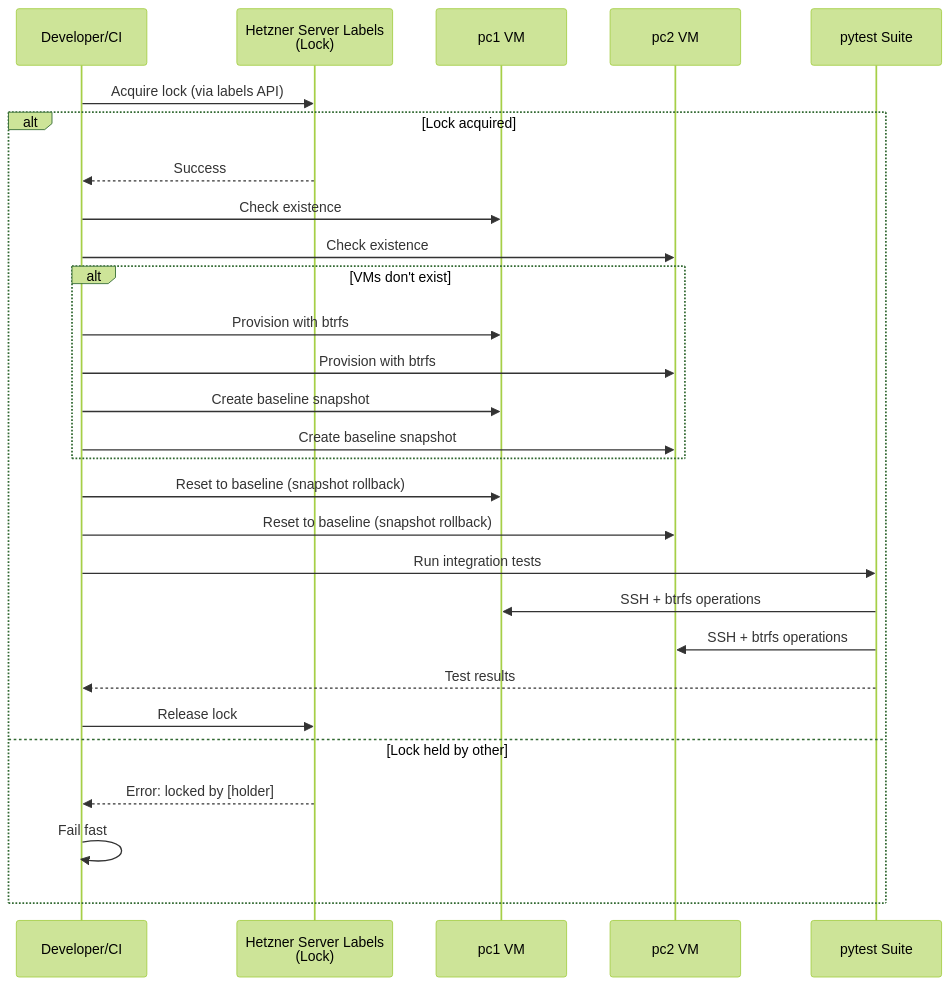
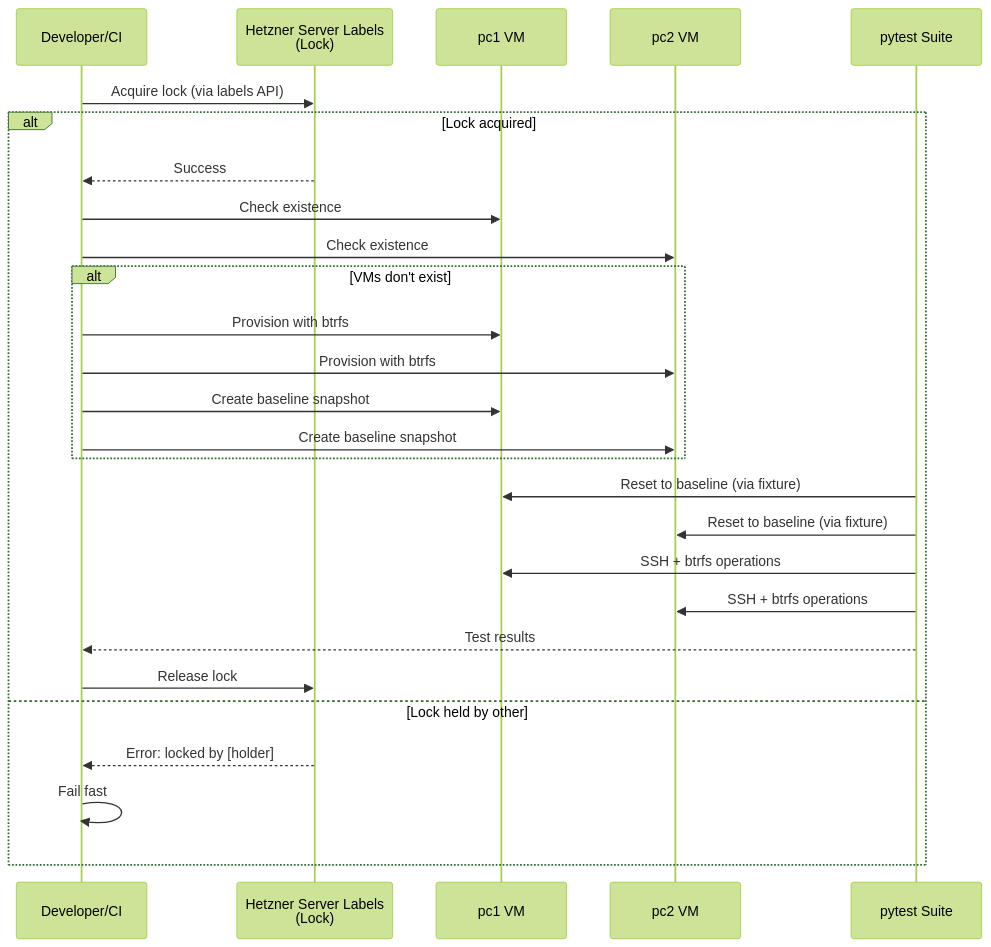
One commit to flaksit/pc-switcher changed the third of 3 diagrams in docs/testing-framework.md. Above: the diagram before and after it, drawn with Mermaid (forest theme). The commit also changed other lines of this file and 5 other files, not shown here.

````diff
--- a/docs/testing-framework.md
+++ b/docs/testing-framework.md
@@ -90,31 +90,30 @@
 ```mermaid
 sequenceDiagram
     participant Dev as Developer/CI
     participant Lock as Hetzner Server Labels<br/>(Lock)
     participant VM1 as pc1 VM
     participant VM2 as pc2 VM
     participant Pytest as pytest Suite
 
     Dev->>Lock: Acquire lock (via labels API)
     alt Lock acquired
         Lock-->>Dev: Success
         Dev->>VM1: Check existence
         Dev->>VM2: Check existence
         alt VMs don't exist
             Dev->>VM1: Provision with btrfs
             Dev->>VM2: Provision with btrfs
             Dev->>VM1: Create baseline snapshot
             Dev->>VM2: Create baseline snapshot
         end
-        Dev->>VM1: Reset to baseline (snapshot rollback)
-        Dev->>VM2: Reset to baseline (snapshot rollback)
-        Dev->>Pytest: Run integration tests
+        Pytest->>VM1: Reset to baseline (via fixture)
+        Pytest->>VM2: Reset to baseline (via fixture)
         Pytest->>VM1: SSH + btrfs operations
         Pytest->>VM2: SSH + btrfs operations
         Pytest-->>Dev: Test results
         Dev->>Lock: Release lock
     else Lock held by other
         Lock-->>Dev: Error: locked by [holder]
         Dev->>Dev: Fail fast
     end
 ```
````
